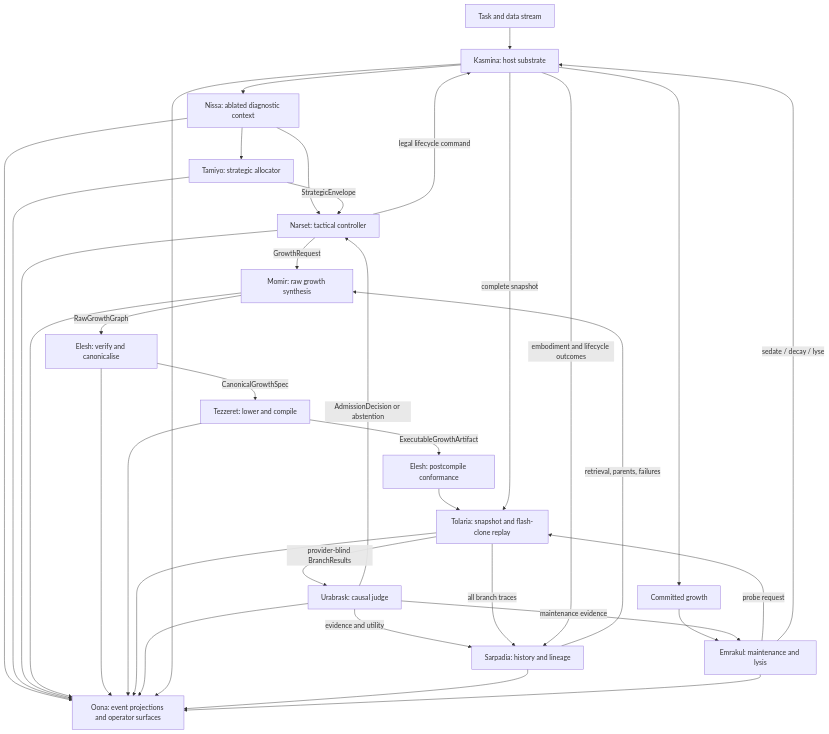
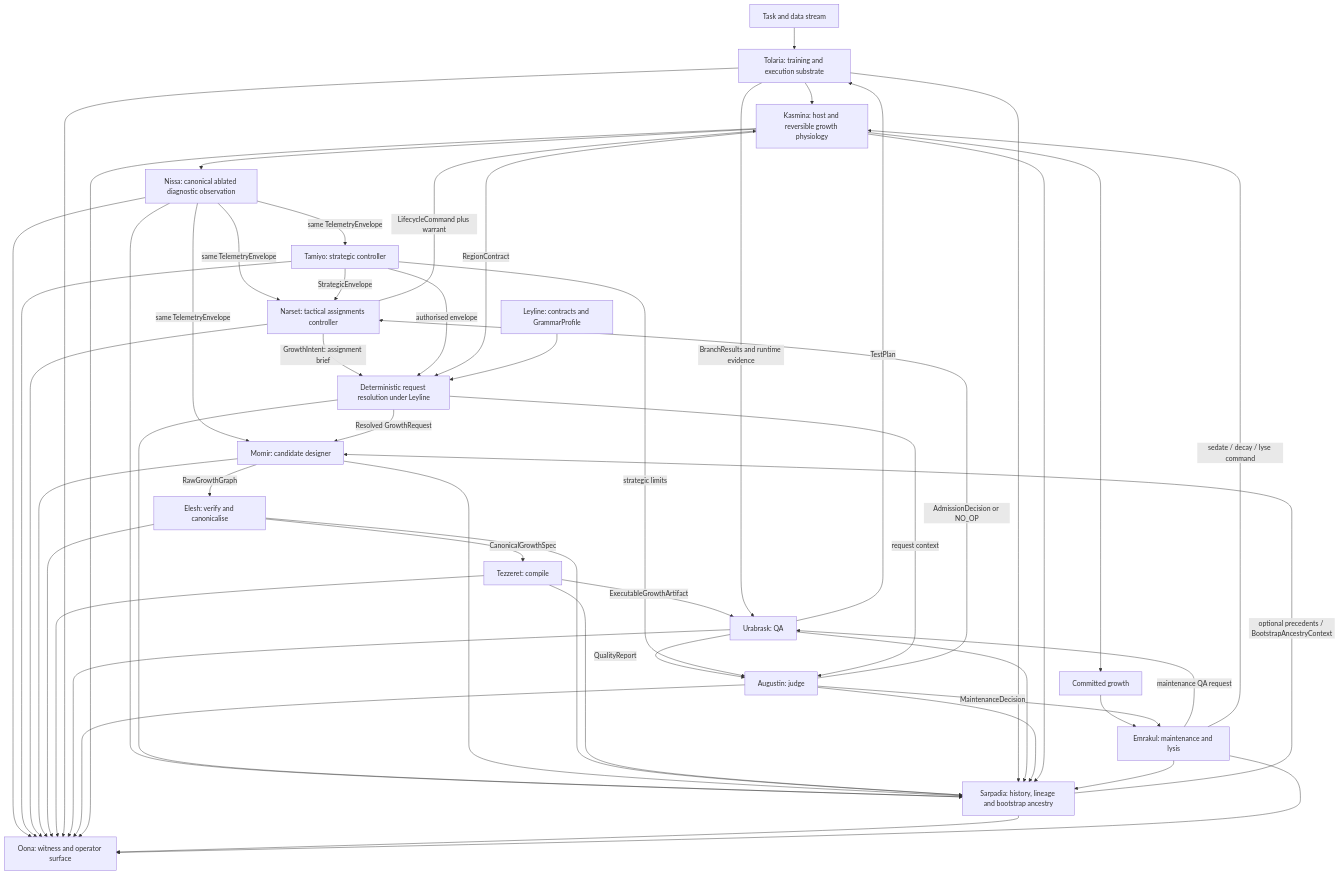
One commit to foundryside-dev/simic changed the diagram in docs/concept/simic.md. Above: the diagram before and after it, drawn with Mermaid. The commit also changed other lines of this file and 4 other files, not shown here.

````diff
--- a/docs/concept/simic.md
+++ b/docs/concept/simic.md
@@ -262,44 +523,61 @@
 ```mermaid
 flowchart TD
-    DS[Task and data stream] --> K[Kasmina: host substrate]
-    K --> N[Nissa: ablated diagnostic context]
+    DATA[Task and data stream] --> TOL[Tolaria: training and execution substrate]
+    TOL --> K[Kasmina: host and reversible growth physiology]
+    K --> N[Nissa: canonical ablated diagnostic observation]
 
-    N --> T[Tamiyo: strategic allocator]
-    N --> R[Narset: tactical controller]
-    T -->|StrategicEnvelope| R
+    N -->|same TelemetryEnvelope| TAM[Tamiyo: strategic controller]
+    N -->|same TelemetryEnvelope| NAR[Narset: tactical assignments controller]
+    N -->|same TelemetryEnvelope| MOM[Momir: candidate designer]
+    TAM -->|StrategicEnvelope| NAR
 
-    R -->|GrowthRequest| M[Momir: raw growth synthesis]
-    S[Sarpadia: history and lineage] -->|retrieval, parents, failures| M
+    NAR -->|GrowthIntent: assignment brief| RES[Deterministic request resolution under Leyline]
+    TAM -->|authorised envelope| RES
+    K -->|RegionContract| RES
+    LEY[Leyline: contracts and GrammarProfile] --> RES
+    RES -->|Resolved GrowthRequest| MOM
 
-    M -->|RawGrowthGraph| E[Elesh: verify and canonicalise]
-    E -->|CanonicalGrowthSpec| Z[Tezzeret: lower and compile]
-    Z -->|ExecutableGrowthArtifact| EV[Elesh: postcompile conformance]
+    SAR[Sarpadia: history, lineage and bootstrap ancestry] -->|optional precedents / BootstrapAncestryContext| MOM
+    MOM -->|RawGrowthGraph| EL[Elesh: verify and canonicalise]
+    EL -->|CanonicalGrowthSpec| TEZ[Tezzeret: compile]
+    TEZ -->|ExecutableGrowthArtifact| URA[Urabrask: QA]
 
-    EV --> L[Tolaria: snapshot and flash-clone replay]
-    K -->|complete snapshot| L
-    L -->|provider-blind BranchResults| U[Urabrask: causal judge]
+    URA -->|TestPlan| TOL
+    TOL -->|BranchResults and runtime evidence| URA
+    URA -->|QualityReport| AUG[Augustin: judge]
 
-    U -->|AdmissionDecision or abstention| R
-    R -->|legal lifecycle command| K
-    U -->|evidence and utility| S
-    L -->|all branch traces| S
-    K -->|embodiment and lifecycle outcomes| S
+    TAM -->|strategic limits| AUG
+    RES -->|request context| AUG
+    AUG -->|AdmissionDecision or NO_OP| NAR
+    NAR -->|LifecycleCommand plus warrant| K
 
-    K --> C[Committed growth]
-    C --> Q[Emrakul: maintenance and lysis]
-    Q -->|probe request| L
-    U -->|maintenance evidence| Q
-    Q -->|sedate / decay / lyse| K
+    K --> COM[Committed growth]
+    COM --> EM[Emrakul: maintenance and lysis]
+    EM -->|maintenance QA request| URA
+    AUG -->|MaintenanceDecision| EM
+    EM -->|sedate / decay / lyse command| K
 
-    N --> O[Oona: event projections and operator surfaces]
-    T --> O
-    R --> O
-    M --> O
-    E --> O
-    Z --> O
-    L --> O
-    U --> O
+    N --> SAR
+    RES --> SAR
+    MOM --> SAR
+    EL --> SAR
+    TEZ --> SAR
+    TOL --> SAR
+    URA --> SAR
+    AUG --> SAR
+    K --> SAR
+    EM --> SAR
+
+    N --> O[Oona: witness and operator surface]
+    TAM --> O
+    NAR --> O
+    MOM --> O
+    EL --> O
+    TEZ --> O
+    TOL --> O
+    URA --> O
+    AUG --> O
     K --> O
-    S --> O
-    Q --> O
+    SAR --> O
+    EM --> O
 ```
````
